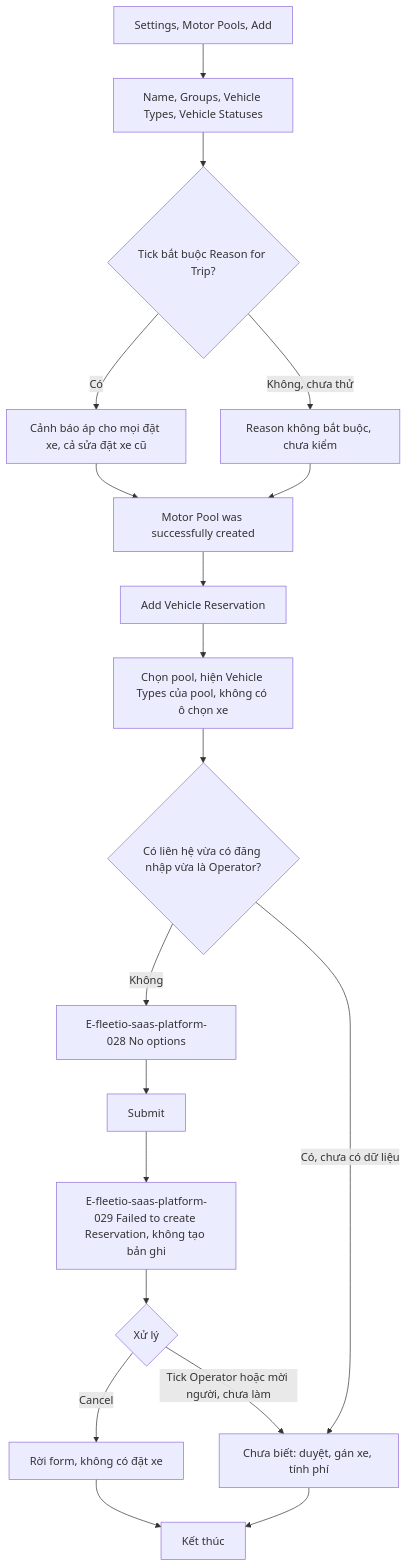
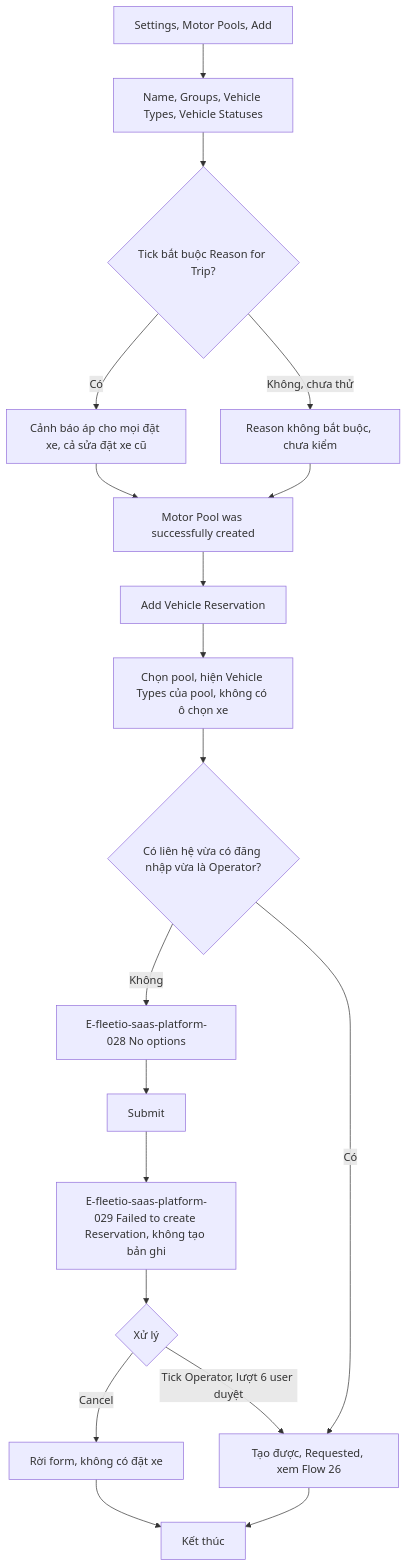
Before and after one commit to szitphan/invlogis: diagram 25 of 27 in docs/_research/fleetio/srs/fleetio-saas-platform-flows.md, drawn with Mermaid. The commit also changed other lines of this file and 40 other files, not shown here.

First line of the commit message:
research: Fleetio lượt 6, đặt xe Motor Pool, Archive khi có đặt chỗ, soát và nối flow 59 màn

````diff
--- a/docs/_research/fleetio/srs/fleetio-saas-platform-flows.md
+++ b/docs/_research/fleetio/srs/fleetio-saas-platform-flows.md
@@ -518,21 +518,21 @@
 ```mermaid
 flowchart TD
     A["Settings, Motor Pools, Add"] --> B["Name, Groups, Vehicle Types, Vehicle Statuses"]
     B --> C{"Tick bắt buộc Reason for Trip?"}
     C -->|"Có"| D["Cảnh báo áp cho mọi đặt xe, cả sửa đặt xe cũ"]
     C -->|"Không, chưa thử"| E["Reason không bắt buộc, chưa kiểm"]
     D --> F["Motor Pool was successfully created"]
     E --> F
     F --> G["Add Vehicle Reservation"]
     G --> H["Chọn pool, hiện Vehicle Types của pool, không có ô chọn xe"]
     H --> I{"Có liên hệ vừa có đăng nhập vừa là Operator?"}
     I -->|"Không"| J["E-fleetio-saas-platform-028 No options"]
     J --> K["Submit"]
     K --> L["E-fleetio-saas-platform-029 Failed to create Reservation, không tạo bản ghi"]
     L --> M{"Xử lý"}
     M -->|"Cancel"| N["Rời form, không có đặt xe"]
-    M -->|"Tick Operator hoặc mời người, chưa làm"| O["Chưa biết: duyệt, gán xe, tính phí"]
-    I -->|"Có, chưa có dữ liệu"| O
+    M -->|"Tick Operator, lượt 6 user duyệt"| O["Tạo được, Requested, xem Flow 26"]
+    I -->|"Có"| O
     N --> Z["Kết thúc"]
     O --> Z
 ```
````
